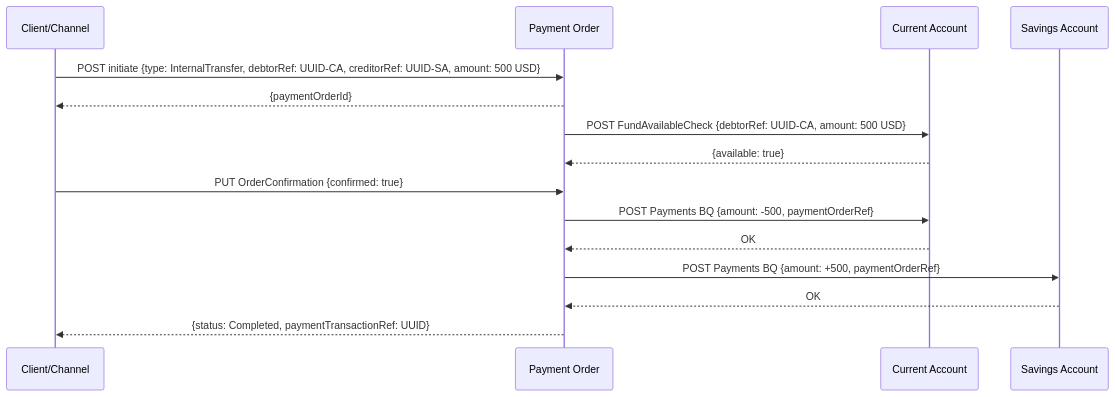
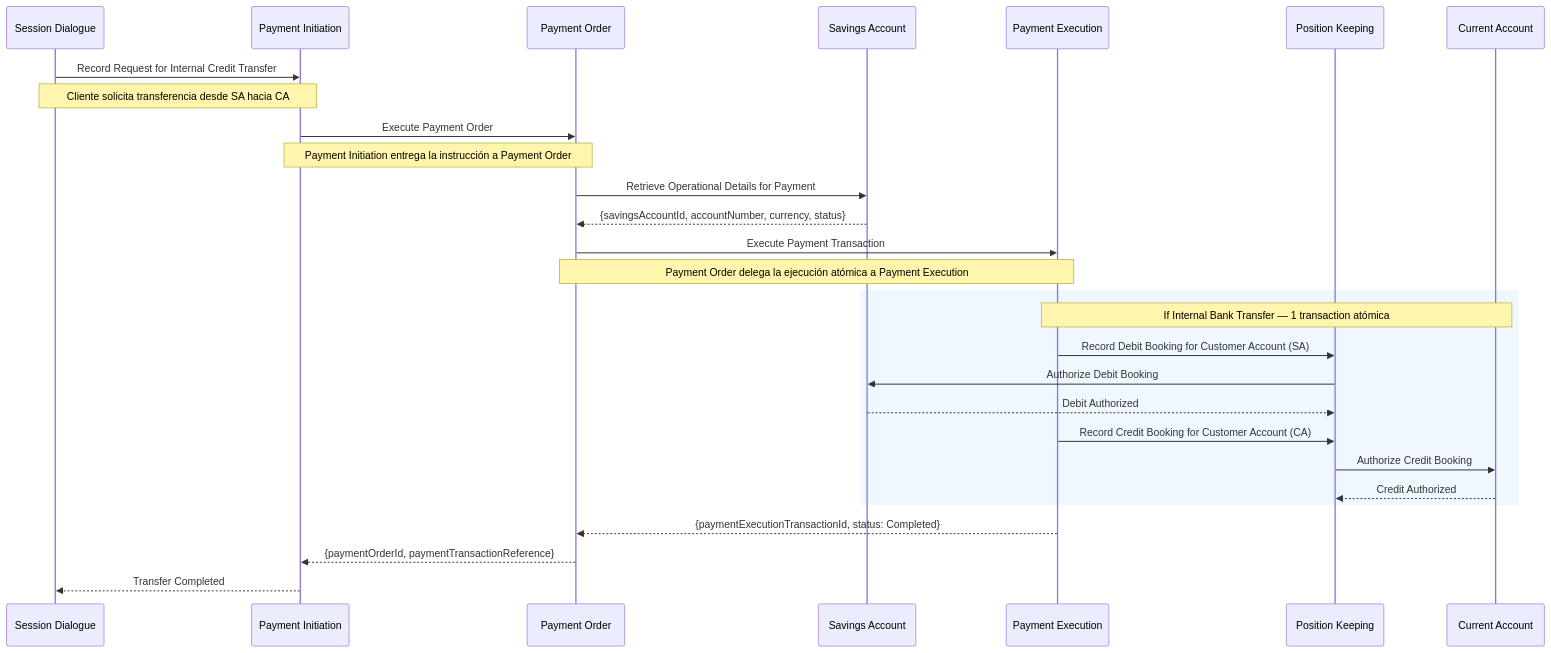
One commit to junior5783/BIAN changed the seventh of 14 diagrams in arquitectura-bian13.md. Above: the diagram before and after it, drawn with Mermaid. The commit also changed other lines of this file, not shown here.

Commit message:
Update new diagrams

````diff
--- a/arquitectura-bian13.md
+++ b/arquitectura-bian13.md
@@ -750,23 +764,38 @@
 ```mermaid
 sequenceDiagram
-    participant C as Client/Channel
+    participant SD as Session Dialogue
+    participant PI as Payment Initiation
     participant PO as Payment Order
+    participant SA as Savings Account
+    participant PE as Payment Execution
+    participant PK as Position Keeping
     participant CA as Current Account
-    participant SA as Savings Account
 
-    C->>PO: POST initiate {type: InternalTransfer, debtorRef: UUID-CA, creditorRef: UUID-SA, amount: 500 USD}
-    PO-->>C: {paymentOrderId}
+    SD->>PI: Record Request for Internal Credit Transfer
+    Note over SD,PI: Cliente solicita transferencia desde SA hacia CA
 
-    PO->>CA: POST FundAvailableCheck {debtorRef: UUID-CA, amount: 500 USD}
-    CA-->>PO: {available: true}
+    PI->>PO: Execute Payment Order
+    Note over PI,PO: Payment Initiation entrega la instrucción a Payment Order
 
-    C->>PO: PUT OrderConfirmation {confirmed: true}
+    PO->>SA: Retrieve Operational Details for Payment
+    SA-->>PO: {savingsAccountId, accountNumber, currency, status}
 
-    PO->>CA: POST Payments BQ {amount: -500, paymentOrderRef}
-    CA-->>PO: OK
+    PO->>PE: Execute Payment Transaction
+    Note over PO,PE: Payment Order delega la ejecución atómica a Payment Execution
 
-    PO->>SA: POST Payments BQ {amount: +500, paymentOrderRef}
-    SA-->>PO: OK
+    rect rgb(240, 248, 255)
+        Note over PE,CA: If Internal Bank Transfer — 1 transaction atómica
 
-    PO-->>C: {status: Completed, paymentTransactionRef: UUID}
+        PE->>PK: Record Debit Booking for Customer Account (SA)
+        PK->>SA: Authorize Debit Booking
+        SA-->>PK: Debit Authorized
+
+        PE->>PK: Record Credit Booking for Customer Account (CA)
+        PK->>CA: Authorize Credit Booking
+        CA-->>PK: Credit Authorized
+    end
+
+    PE-->>PO: {paymentExecutionTransactionId, status: Completed}
+    PO-->>PI: {paymentOrderId, paymentTransactionReference}
+    PI-->>SD: Transfer Completed
 ```
````
